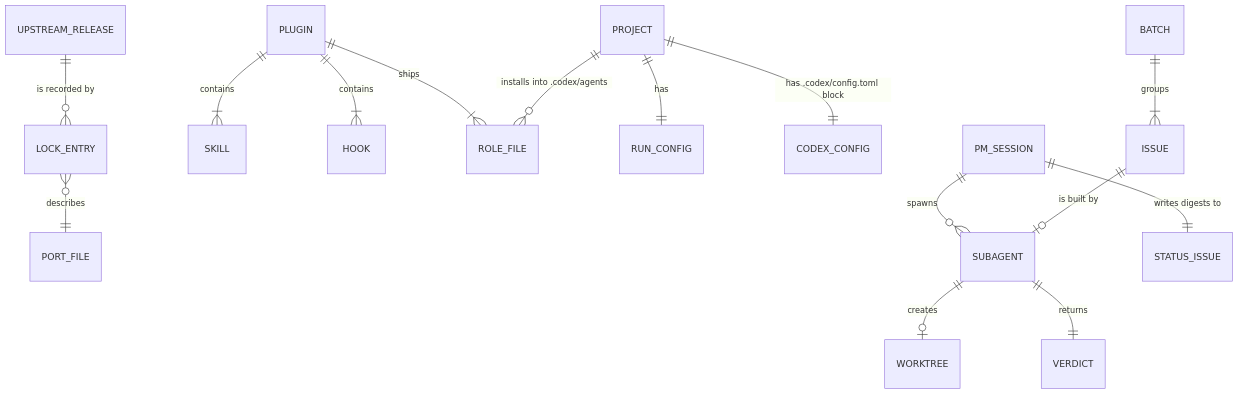
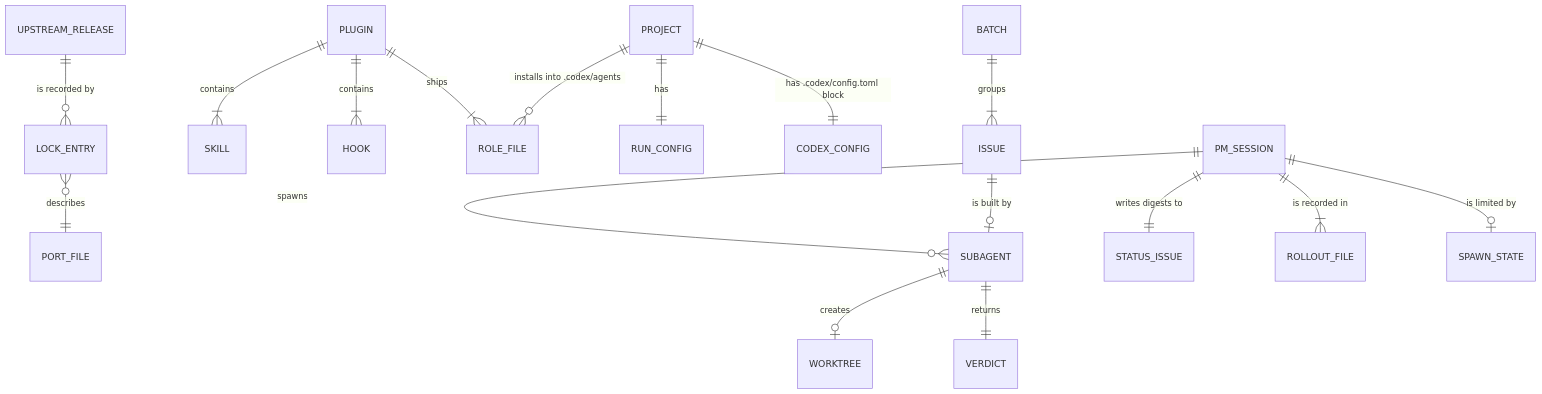
The second of 2 diagrams in docs/specs/spec.md (Crank-Git/issue-flow-codex), drawn with Mermaid before and after one commit. The commit also changed other lines of this file and 21 other files, not shown here.

````diff
--- a/docs/specs/spec.md
+++ b/docs/specs/spec.md
@@ -202,17 +226,19 @@
 ```mermaid
 erDiagram
     UPSTREAM_RELEASE ||--o{ LOCK_ENTRY : "is recorded by"
     LOCK_ENTRY }o--|| PORT_FILE : "describes"
     PLUGIN ||--|{ SKILL : "contains"
     PLUGIN ||--|{ HOOK : "contains"
     PLUGIN ||--|{ ROLE_FILE : "ships"
     PROJECT ||--|| RUN_CONFIG : "has"
     PROJECT ||--o{ ROLE_FILE : "installs into .codex/agents"
     PROJECT ||--|| CODEX_CONFIG : "has .codex/config.toml block"
     PM_SESSION ||--o{ SUBAGENT : "spawns"
     SUBAGENT ||--o| WORKTREE : "creates"
     SUBAGENT ||--|| VERDICT : "returns"
     ISSUE ||--o| SUBAGENT : "is built by"
     BATCH ||--|{ ISSUE : "groups"
     PM_SESSION ||--|| STATUS_ISSUE : "writes digests to"
+    PM_SESSION ||--|{ ROLLOUT_FILE : "is recorded in"
+    PM_SESSION ||--o| SPAWN_STATE : "is limited by"
 ```
````
